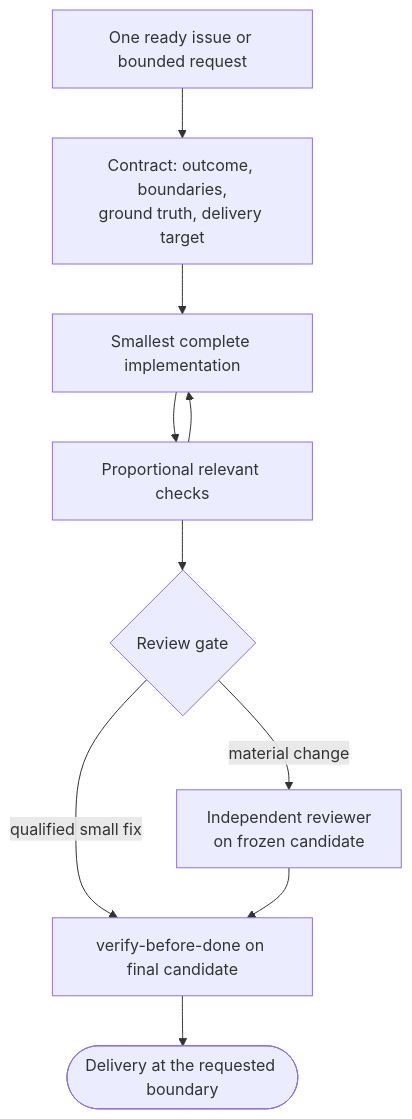
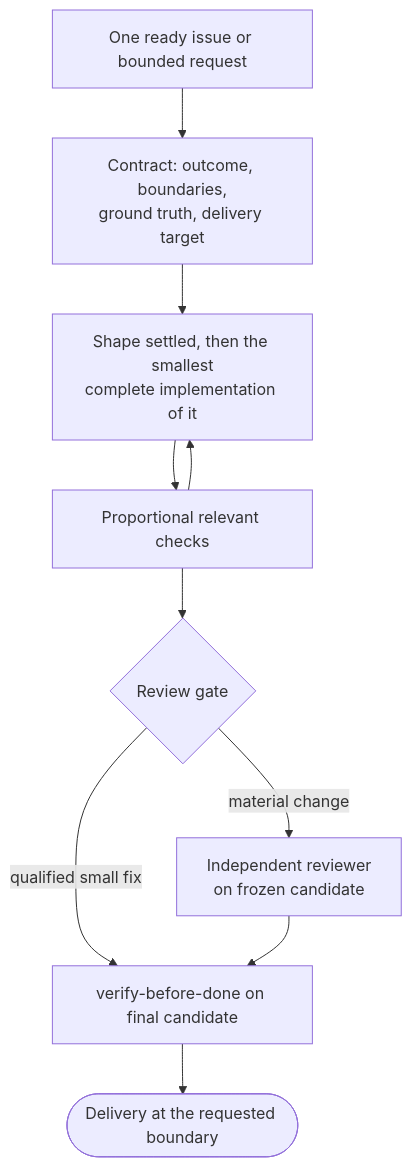
One commit to sockulags/agent-os changed the first of 2 diagrams in docs-site/skills/deliver-work.md. Above: the diagram before and after it, drawn with Mermaid. The commit also changed other lines of this file and 39 other files, not shown here.

````diff
--- a/docs-site/skills/deliver-work.md
+++ b/docs-site/skills/deliver-work.md
@@ -41,12 +41,12 @@
 ```mermaid
 flowchart TD
     A[One ready issue or bounded request] --> B[Contract: outcome, boundaries,<br>ground truth, delivery target]
-    B --> C[Smallest complete implementation]
+    B --> C[Shape settled, then the smallest<br>complete implementation of it]
     C --> D[Proportional relevant checks]
     D --> C
     D --> E{Review gate}
     E -->|qualified small fix| G
     E -->|material change| F[Independent reviewer<br>on frozen candidate]
     F --> G[verify-before-done on final candidate]
     G --> H([Delivery at the requested boundary])
 ```
````
